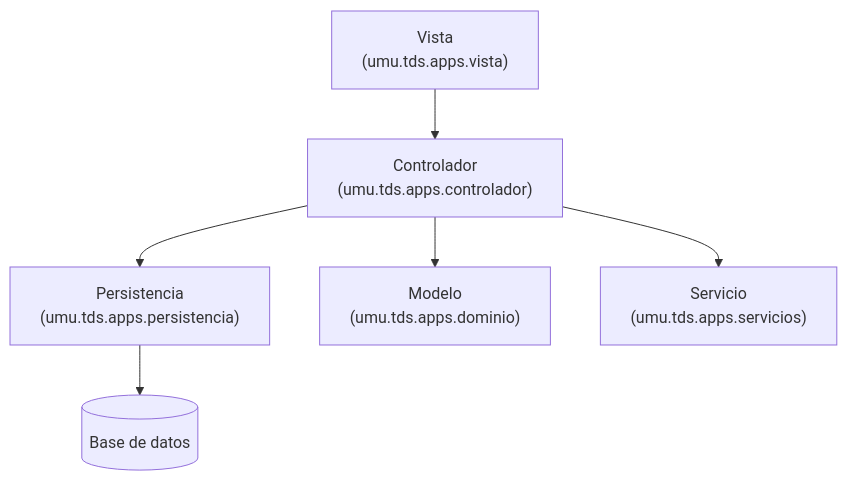
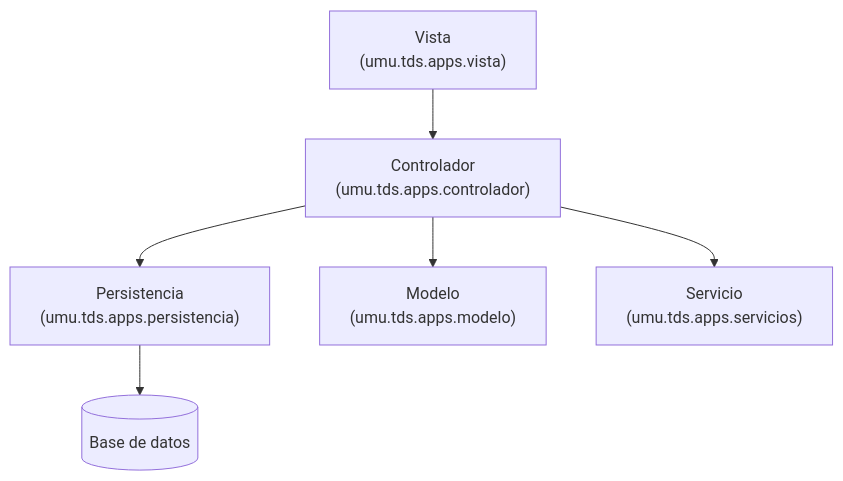
Before and after one commit to ibracb/appchat: the diagram in docs/arquitectura.md, drawn with Mermaid. The commit also changed other lines of this file and 41 other files, not shown here.

````diff
--- a/docs/arquitectura.md
+++ b/docs/arquitectura.md
@@ -7,15 +7,15 @@
 ```mermaid
 flowchart TD
     Vista["Vista<br/>(umu.tds.apps.vista)"]
     Controlador["Controlador<br/>(umu.tds.apps.controlador)"]
     Persistencia["Persistencia<br/>(umu.tds.apps.persistencia)"]
-    Modelo["Modelo<br/>(umu.tds.apps.dominio)"]
+    Modelo["Modelo<br/>(umu.tds.apps.modelo)"]
     Servicio["Servicio<br/>(umu.tds.apps.servicios)"]
     BD[(Base de datos)]
 
     Vista --> Controlador
     Controlador --> Persistencia
     Controlador --> Modelo
     Controlador --> Servicio
     Persistencia --> BD
 ```
````
